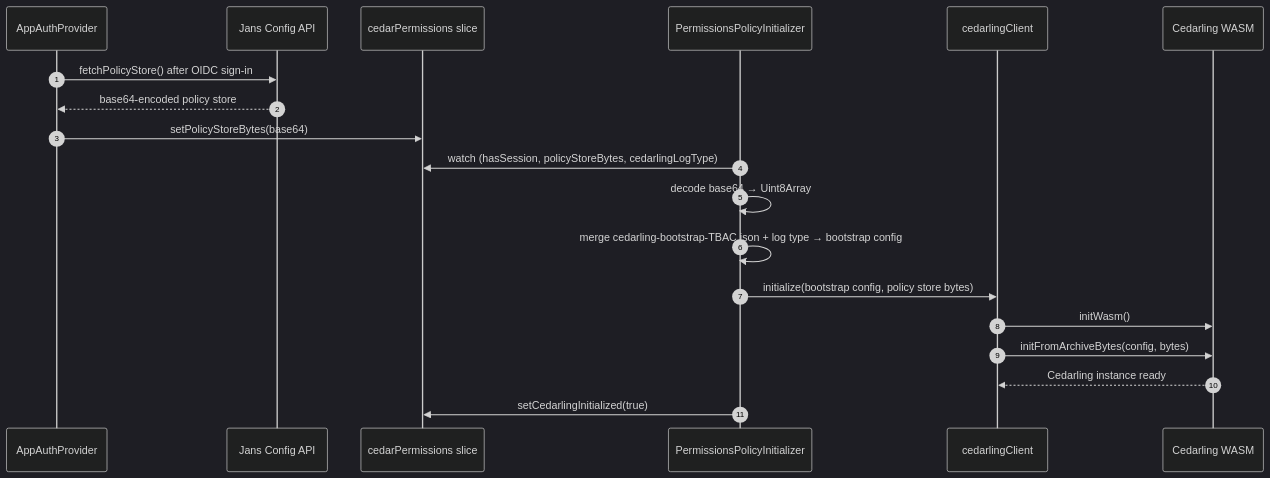
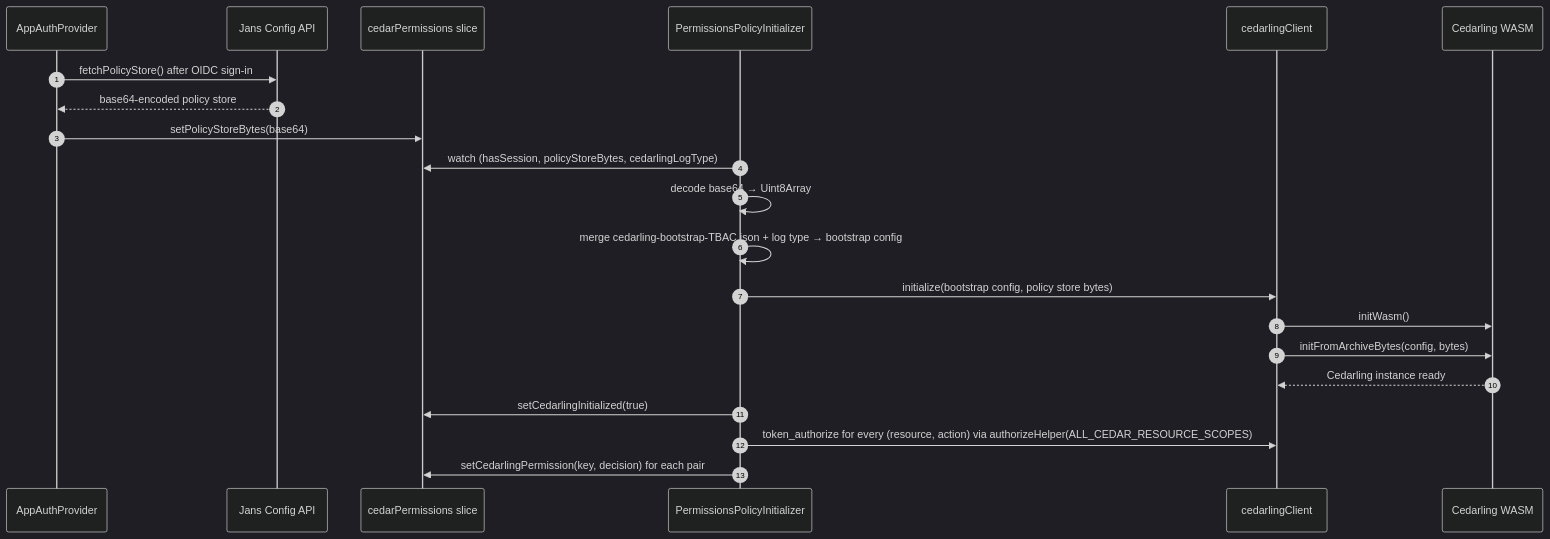
The first of 2 diagrams in admin-ui/docs/cedarling.md (GluuFederation/flex), drawn with Mermaid (dark theme) before and after one commit. The commit also changed other lines of this file and 6 other files, not shown here.

First line of the commit message:
fix(admin-ui): evaluate every Cedarling permission while tokens are fresh

````diff
--- a/admin-ui/docs/cedarling.md
+++ b/admin-ui/docs/cedarling.md
@@ -21,22 +21,24 @@
 ```mermaid
 sequenceDiagram
     autonumber
     participant Auth as AppAuthProvider
     participant API as Jans Config API
     participant Redux as cedarPermissions slice
     participant Init as PermissionsPolicyInitializer
     participant Client as cedarlingClient
     participant Wasm as Cedarling WASM
 
     Auth->>API: fetchPolicyStore() after OIDC sign-in
     API-->>Auth: base64-encoded policy store
     Auth->>Redux: setPolicyStoreBytes(base64)
     Init->>Redux: watch (hasSession, policyStoreBytes, cedarlingLogType)
     Init->>Init: decode base64 → Uint8Array
     Init->>Init: merge cedarling-bootstrap-TBAC.json + log type → bootstrap config
     Init->>Client: initialize(bootstrap config, policy store bytes)
     Client->>Wasm: initWasm()
     Client->>Wasm: initFromArchiveBytes(config, bytes)
     Wasm-->>Client: Cedarling instance ready
     Init->>Redux: setCedarlingInitialized(true)
+    Init->>Client: token_authorize for every (resource, action) via authorizeHelper(ALL_CEDAR_RESOURCE_SCOPES)
+    Init->>Redux: setCedarlingPermission(key, decision) for each pair
 ```
````
